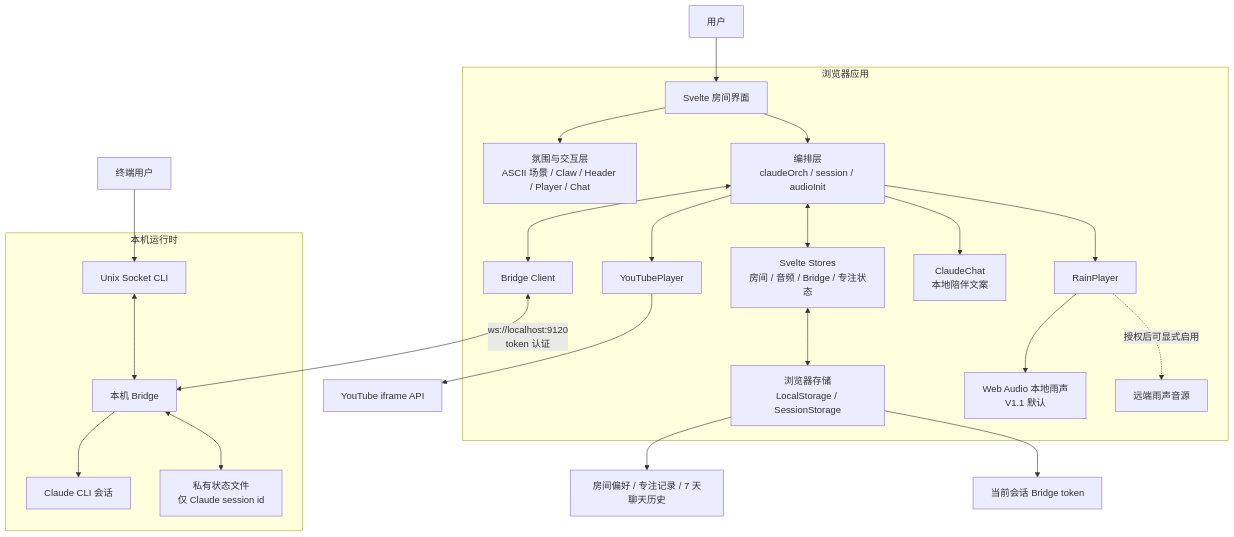
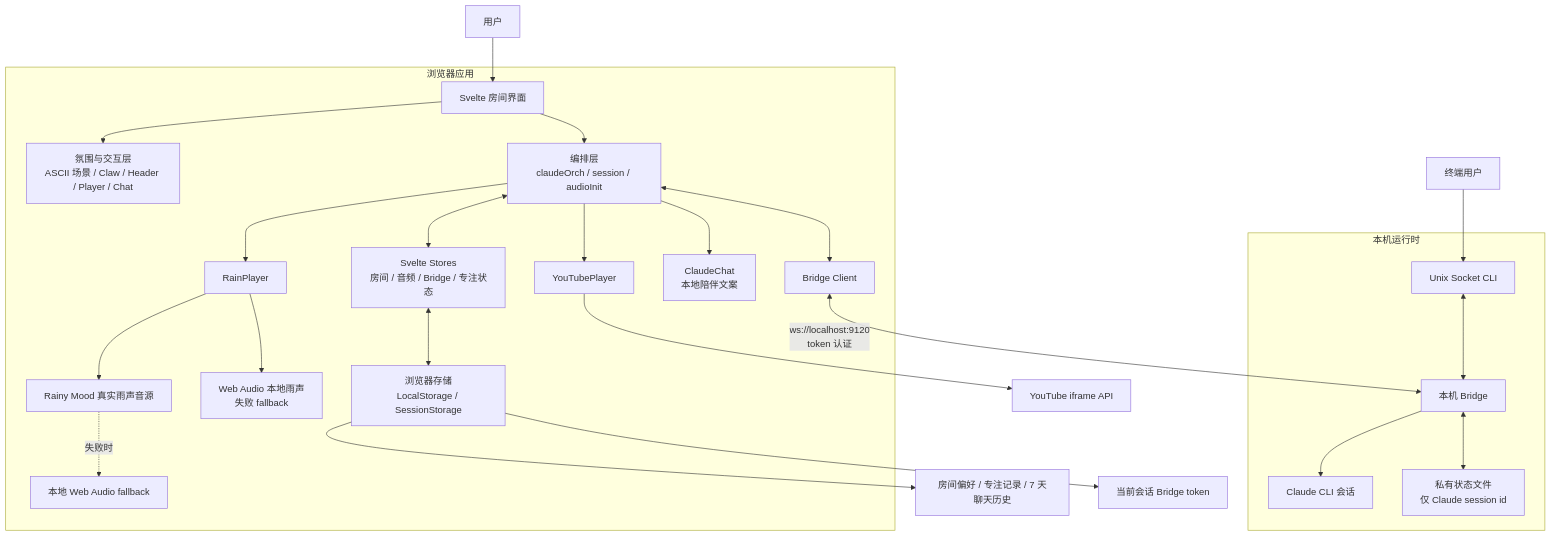
The diagram in docs/ARCHITECTURE.md (Eliotcute/loficlaude), drawn with Mermaid before and after one commit. The commit also changed other lines of this file and 43 other files, not shown here.

````diff
--- a/docs/ARCHITECTURE.md
+++ b/docs/ARCHITECTURE.md
@@ -3,32 +3,33 @@
 ```mermaid
 flowchart TB
     User["用户"] --> Room["Svelte 房间界面"]
     Terminal["终端用户"] --> Socket["Unix Socket CLI"]
 
     subgraph Browser["浏览器应用"]
         Room --> View["氛围与交互层<br/>ASCII 场景 / Claw / Header / Player / Chat"]
         Room --> Orch["编排层<br/>claudeOrch / session / audioInit"]
         Orch <--> Stores["Svelte Stores<br/>房间 / 音频 / Bridge / 专注状态"]
         Stores <--> Persist["浏览器存储<br/>LocalStorage / SessionStorage"]
 
         Orch --> Music["YouTubePlayer"]
         Orch --> Rain["RainPlayer"]
-        Rain --> LocalRain["Web Audio 本地雨声<br/>V1.1 默认"]
-        Rain -. "授权后可显式启用" .-> RemoteRain["远端雨声音源"]
+        Rain --> LocalRain["Web Audio 本地雨声<br/>失败 fallback"]
+        Rain --> RemoteRain["Rainy Mood 真实雨声音源"]
+        RemoteRain -. "失败时" .-> Fallback["本地 Web Audio fallback"]
 
         Orch --> Companion["ClaudeChat<br/>本地陪伴文案"]
         Orch <--> Client["Bridge Client"]
     end
 
     Music --> YouTube["YouTube iframe API"]
     Client <-->|"ws://localhost:9120<br/>token 认证"| Bridge["本机 Bridge"]
 
     subgraph LocalRuntime["本机运行时"]
         Bridge --> ClaudeSession["Claude CLI 会话"]
         Bridge <--> SessionState["私有状态文件<br/>仅 Claude session id"]
         Socket <--> Bridge
     end
 
     Persist --> LocalData["房间偏好 / 专注记录 / 7 天聊天历史"]
     Persist --> SessionToken["当前会话 Bridge token"]
 ```
````
